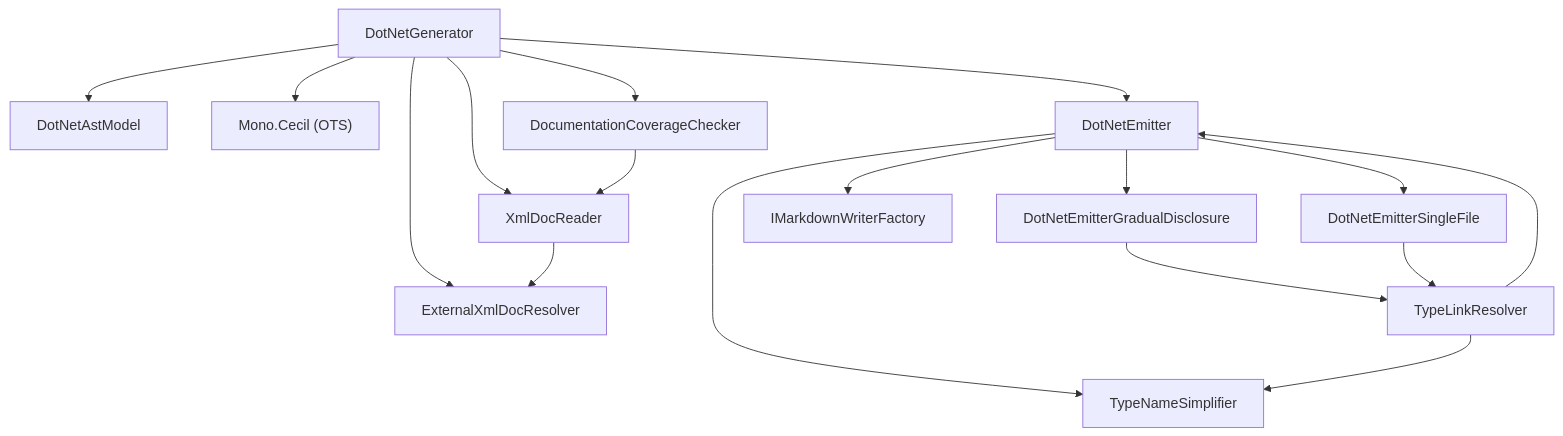
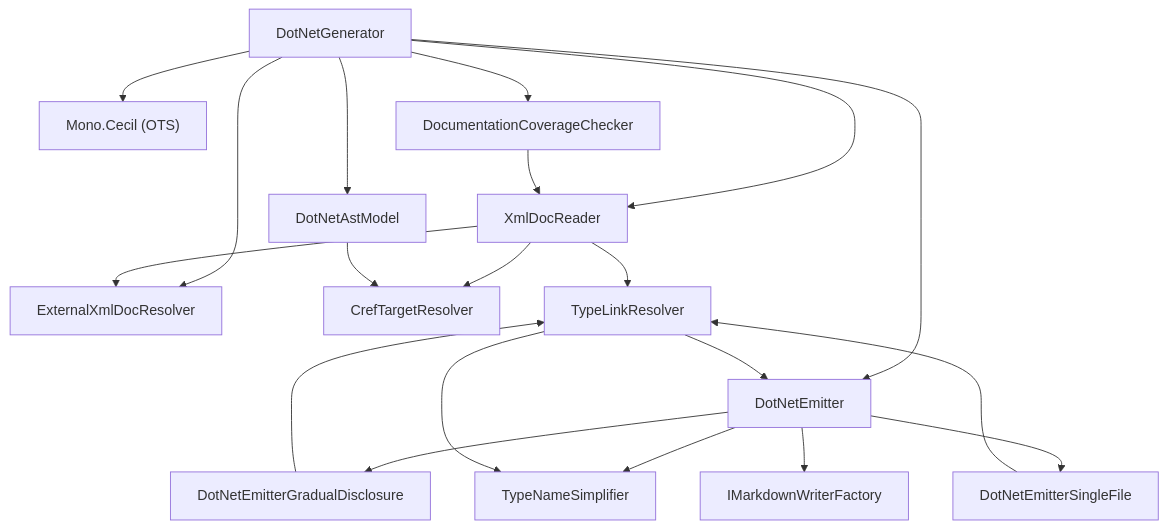
One commit to demaconsulting/ApiMark changed the diagram in docs/design/api-mark-dot-net.md. Above: the diagram before and after it, drawn with Mermaid. The commit also changed other lines of this file and 52 other files, not shown here.

````diff
--- a/docs/design/api-mark-dot-net.md
+++ b/docs/design/api-mark-dot-net.md
@@ -67,19 +89,22 @@
 ```mermaid
 flowchart TD
     DotNetGenerator --> DotNetAstModel
     DotNetGenerator --> XmlDocReader
     DotNetGenerator --> ExternalXmlDocResolver
     XmlDocReader --> ExternalXmlDocResolver
+    XmlDocReader --> CrefTargetResolver
+    XmlDocReader --> TypeLinkResolver
+    DotNetAstModel --> CrefTargetResolver
     DotNetGenerator --> MonoCecil["Mono.Cecil (OTS)"]
     DotNetGenerator --> DocumentationCoverageChecker
     DocumentationCoverageChecker --> XmlDocReader
     DotNetEmitter --> DotNetEmitterGradualDisclosure
     DotNetEmitter --> DotNetEmitterSingleFile
     DotNetEmitter --> IMarkdownWriterFactory
     DotNetGenerator --> DotNetEmitter
     DotNetEmitterGradualDisclosure --> TypeLinkResolver
     DotNetEmitterSingleFile --> TypeLinkResolver
     DotNetEmitter --> TypeNameSimplifier
     TypeLinkResolver --> TypeNameSimplifier
     TypeLinkResolver --> DotNetEmitter
 ```
````
